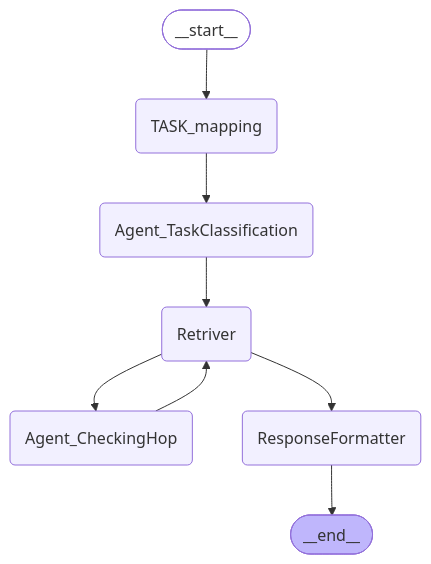
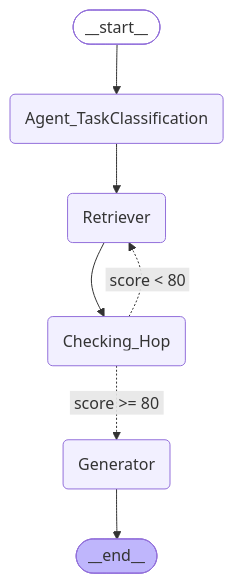
The diagram in graph_viz/mermaid_code.mmd (dibk100/workshop_cocktail-recommender), drawn with Mermaid before and after one commit. The commit also changed 27 other files, not shown here.

```diff
--- a/graph_viz/mermaid_code.mmd
+++ b/graph_viz/mermaid_code.mmd
@@ -1,18 +1,16 @@
 graph TD;
 	__start__([<p>__start__</p>]):::first
-	TASK_mapping(TASK_mapping)
 	Agent_TaskClassification(Agent_TaskClassification)
-	Retriver(Retriver)
-	Agent_CheckingHop(Agent_CheckingHop)
-	ResponseFormatter(ResponseFormatter)
+	Retriever(Retriever)
+	Checking_Hop(Checking_Hop)
+	Generator(Generator)
 	__end__([<p>__end__</p>]):::last
-	Agent_CheckingHop --> Retriver;
-	Agent_TaskClassification --> Retriver;
-	Retriver --> Agent_CheckingHop;
-	Retriver --> ResponseFormatter;
-	TASK_mapping --> Agent_TaskClassification;
-	__start__ --> TASK_mapping;
-	ResponseFormatter --> __end__;
-	classDef default fill:#f2f0ff,line-height:1.2`
+	Agent_TaskClassification --> Retriever;
+	Checking_Hop -. &nbsp;score >= 80&nbsp; .-> Generator;
+	Checking_Hop -. &nbsp;score < 80&nbsp; .-> Retriever;
+	Retriever --> Checking_Hop;
+	__start__ --> Agent_TaskClassification;
+	Generator --> __end__;
+	classDef default fill:#f2f0ff,line-height:1.2
 	classDef first fill-opacity:0
 	classDef last fill:#bfb6fc
```
